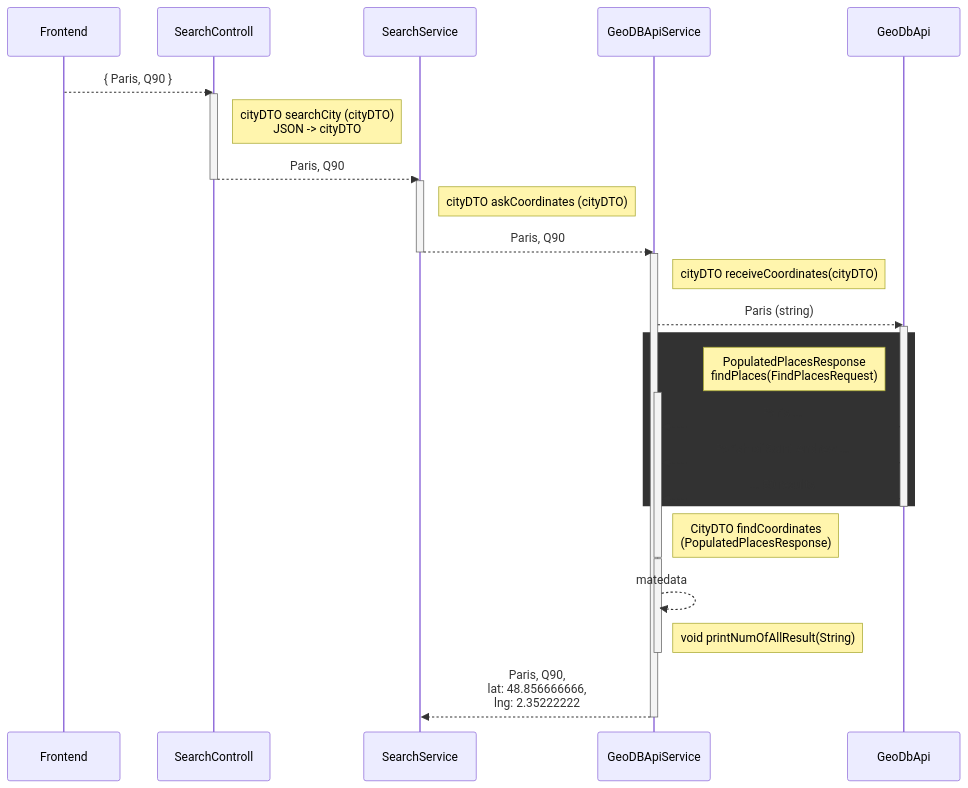
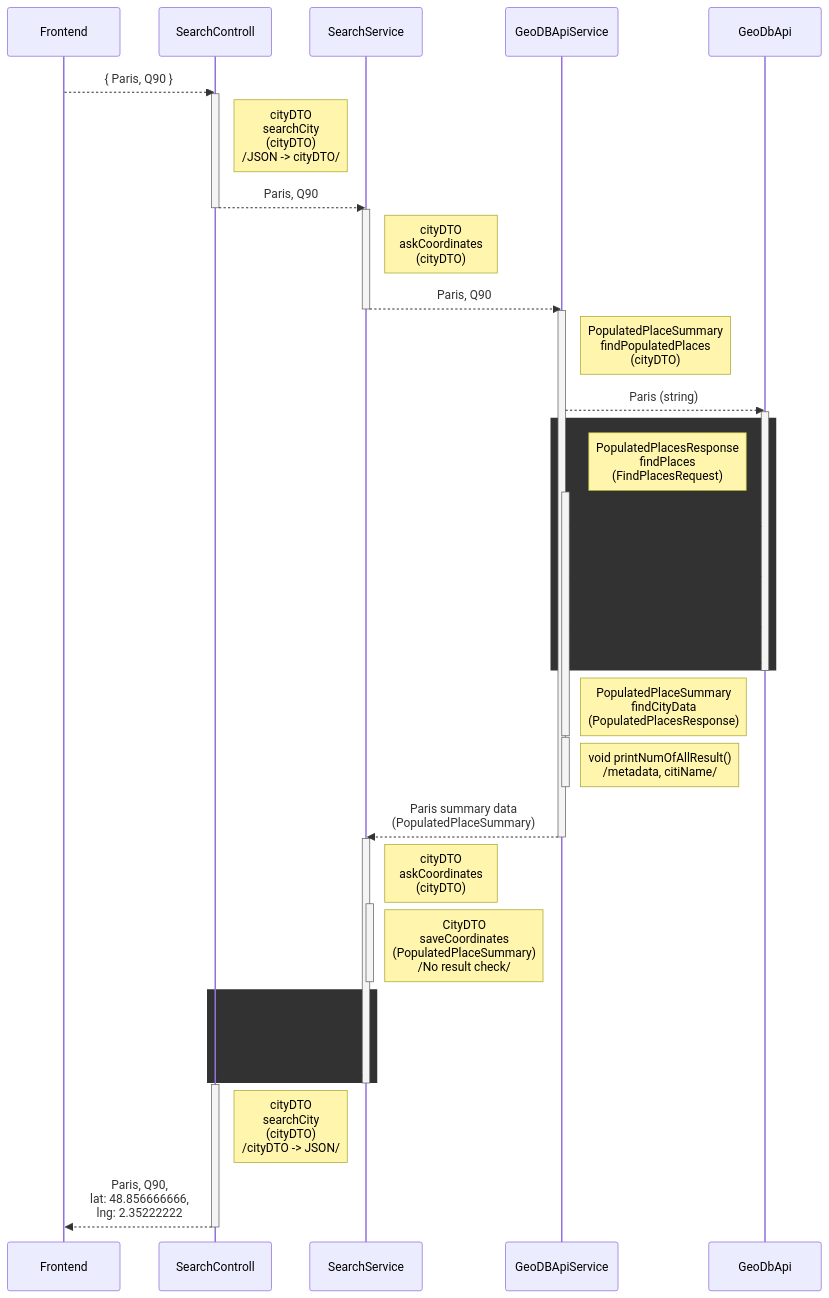
One commit to ocelot8421/Airport changed the diagram in README.md. Above: the diagram before and after it, drawn with Mermaid. The commit also changed 4 other files, not shown here.

````diff
--- a/README.md
+++ b/README.md
@@ -16,49 +16,60 @@
 ```mermaid
 sequenceDiagram
     participant Frontend
     participant SearchControll
     participant SearchService
     participant GeoDBApiService
     participant GeoDbApi
         
     Frontend-->>SearchControll: { Paris, Q90 }
     
     activate SearchControll
-    Note right of SearchControll: cityDTO searchCity (cityDTO)<br/>JSON -> cityDTO
+    Note right of SearchControll: cityDTO<br/>searchCity<br/>(cityDTO)<br/>/JSON -> cityDTO/
     SearchControll-->>SearchService: Paris, Q90
     deactivate SearchControll
     
-    
     activate SearchService
-    Note right of SearchService: cityDTO askCoordinates (cityDTO)
-        
+    Note right of SearchService: cityDTO <br/> askCoordinates <br/> (cityDTO)
     SearchService-->>GeoDBApiService: Paris, Q90
     deactivate SearchService
     
     activate GeoDBApiService
-    Note right of GeoDBApiService: cityDTO receiveCoordinates(cityDTO)
+    Note right of GeoDBApiService: PopulatedPlaceSummary <br/> findPopulatedPlaces <br/>(cityDTO)
     GeoDBApiService-->>GeoDbApi: Paris (string)
     activate GeoDbApi
     rect rgb(50, 50, 50)
-    Note left of GeoDbApi: PopulatedPlacesResponse<br/>findPlaces(FindPlacesRequest)
+    Note left of GeoDbApi: PopulatedPlacesResponse<br/>findPlaces<br/>(FindPlacesRequest)
     activate GeoDBApiService
         GeoDbApi-->>GeoDBApiService: Paris ...
-        GeoDbApi-->>GeoDBApiService: Parish of Saint Andrew  ...
-        GeoDbApi-->>GeoDBApiService: ... 50 results 
+        GeoDbApi-->>GeoDBApiService: Parish of<br/>Saint Andrew  ...
+        GeoDbApi-->>GeoDBApiService: arrondissements<br/>of Paris ...
+        GeoDbApi-->>GeoDBApiService: ... (50 results) 
     end
     
     deactivate GeoDbApi
-    Note right of GeoDBApiService: CityDTO findCoordinates<br/>(PopulatedPlacesResponse)
+    Note right of GeoDBApiService: PopulatedPlaceSummary<br/> findCityData<br/>(PopulatedPlacesResponse)
     deactivate GeoDBApiService
     
     activate GeoDBApiService
-    GeoDBApiService-->>GeoDBApiService: matedata
-    Note right of GeoDBApiService: void printNumOfAllResult(String)
+    Note right of GeoDBApiService: void printNumOfAllResult()<br/>/metadata, citiName/
     deactivate GeoDBApiService
     
-    GeoDBApiService-->>SearchService: Paris, Q90,<br/>lat: 48.856666666,<br/>lng: 2.35222222
+    GeoDBApiService-->>SearchService: Paris summary data<br/>(PopulatedPlaceSummary)
     deactivate GeoDBApiService
     
+    activate SearchService
+    Note right of SearchService: cityDTO<br/>askCoordinates<br/>(cityDTO)
+    activate SearchService
+    Note right of SearchService: CityDTO<br/>saveCoordinates<br/>(PopulatedPlaceSummary)<br/>/No result check/
+    deactivate SearchService
+    rect rgb(50, 50, 50)
+        SearchService-->>SearchControll: Paris<br/>Q90<br/>lat: 48.856666666<br/>lng: 2.35222222
+    end
+    deactivate SearchService
     
+    activate SearchControll
+    Note right of SearchControll: cityDTO<br/>searchCity<br/>(cityDTO)<br/>/cityDTO -> JSON/
+    SearchControll-->>Frontend: Paris, Q90,<br/>lat: 48.856666666,<br/>lng: 2.35222222
+    deactivate SearchControll
 
 ```
````
